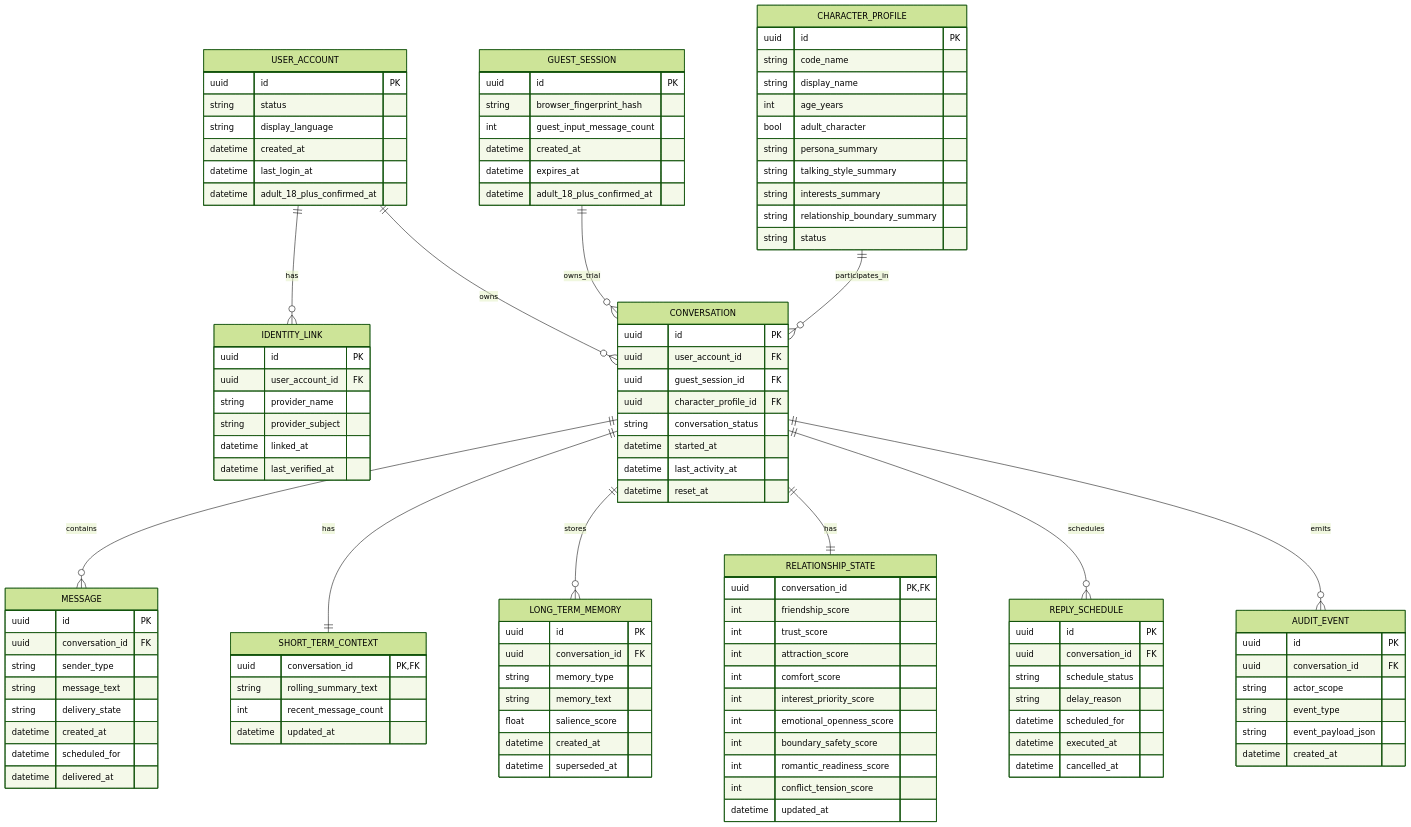
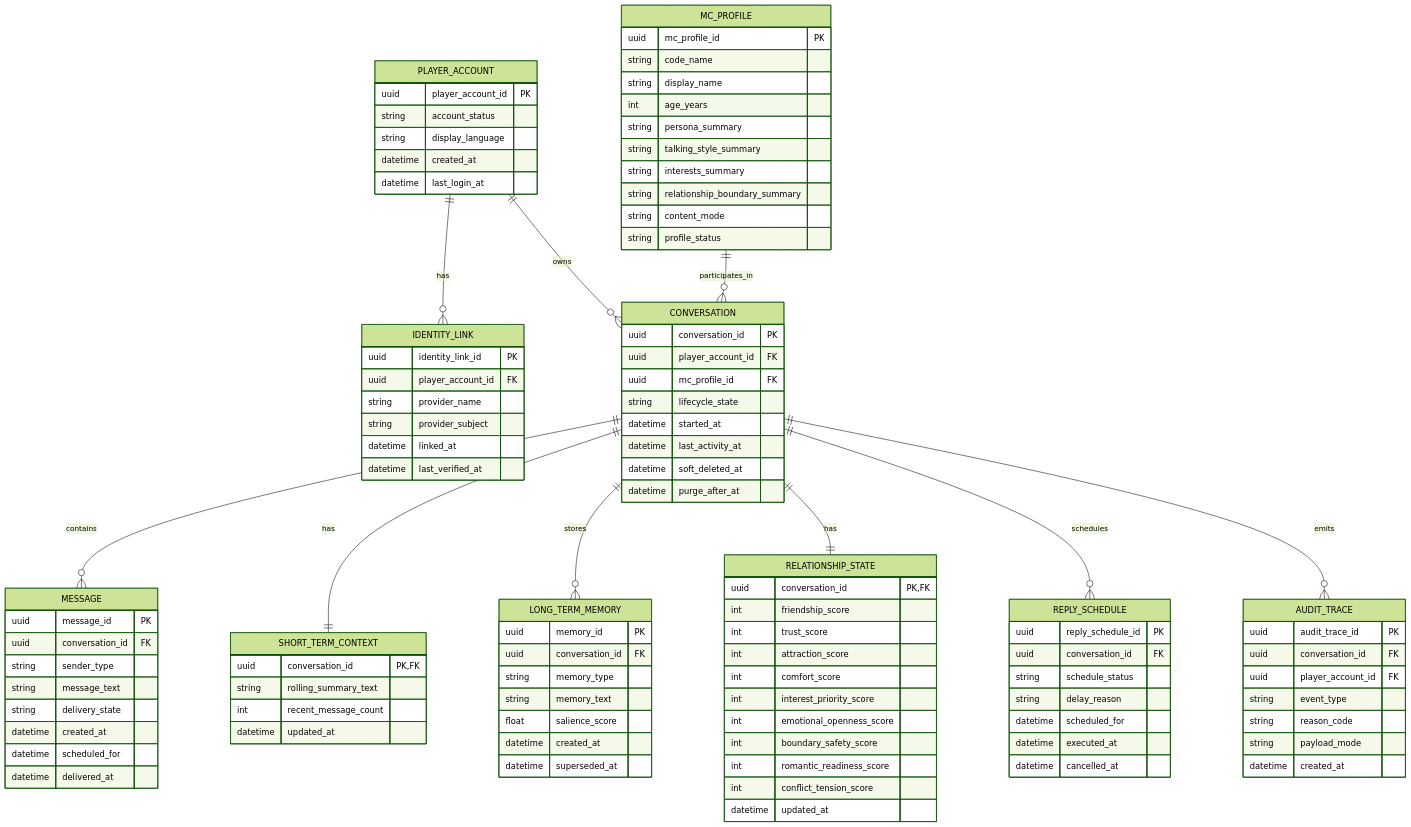
The diagram in docs/02_architecture/renai-game-llm-mvp-erd.md (aa-aiera/renai_docs), drawn with Mermaid (forest theme) before and after one commit. The commit also changed other lines of this file and 16 other files, not shown here.

First line of the commit message:
Rename user/character to Player/MC; enforce phase1 policies

````diff
--- a/docs/02_architecture/renai-game-llm-mvp-erd.md
+++ b/docs/02_architecture/renai-game-llm-mvp-erd.md
@@ -61,69 +57,58 @@
 ```mermaid
 erDiagram
-    USER_ACCOUNT ||--o{ IDENTITY_LINK : has
-    USER_ACCOUNT ||--o{ CONVERSATION : owns
-    GUEST_SESSION ||--o{ CONVERSATION : owns_trial
-    CHARACTER_PROFILE ||--o{ CONVERSATION : participates_in
+    PLAYER_ACCOUNT ||--o{ IDENTITY_LINK : has
+    PLAYER_ACCOUNT ||--o{ CONVERSATION : owns
+    MC_PROFILE ||--o{ CONVERSATION : participates_in
     CONVERSATION ||--o{ MESSAGE : contains
     CONVERSATION ||--|| SHORT_TERM_CONTEXT : has
     CONVERSATION ||--o{ LONG_TERM_MEMORY : stores
     CONVERSATION ||--|| RELATIONSHIP_STATE : has
     CONVERSATION ||--o{ REPLY_SCHEDULE : schedules
-    CONVERSATION ||--o{ AUDIT_EVENT : emits
+    CONVERSATION ||--o{ AUDIT_TRACE : emits
 
-    USER_ACCOUNT {
-        uuid id PK
-        string status
+    PLAYER_ACCOUNT {
+        uuid player_account_id PK
+        string account_status
         string display_language
         datetime created_at
         datetime last_login_at
-        datetime adult_18_plus_confirmed_at
     }
 
     IDENTITY_LINK {
-        uuid id PK
-        uuid user_account_id FK
+        uuid identity_link_id PK
+        uuid player_account_id FK
         string provider_name
         string provider_subject
         datetime linked_at
         datetime last_verified_at
     }
 
-    GUEST_SESSION {
-        uuid id PK
-        string browser_fingerprint_hash
-        int guest_input_message_count
-        datetime created_at
-        datetime expires_at
-        datetime adult_18_plus_confirmed_at
-    }
-
-    CHARACTER_PROFILE {
-        uuid id PK
+    MC_PROFILE {
+        uuid mc_profile_id PK
         string code_name
         string display_name
         int age_years
-        bool adult_character
         string persona_summary
         string talking_style_summary
         string interests_summary
         string relationship_boundary_summary
-        string status
+        string content_mode
+        string profile_status
     }
 
     CONVERSATION {
-        uuid id PK
-        uuid user_account_id FK
-        uuid guest_session_id FK
-        uuid character_profile_id FK
-        string conversation_status
+        uuid conversation_id PK
+        uuid player_account_id FK
+        uuid mc_profile_id FK
+        string lifecycle_state
         datetime started_at
         datetime last_activity_at
-        datetime reset_at
+        datetime soft_deleted_at
+        datetime purge_after_at
     }
 
     MESSAGE {
-        uuid id PK
+        uuid message_id PK
         uuid conversation_id FK
         string sender_type
         string message_text
@@ -141,7 +126,7 @@
     }
 
     LONG_TERM_MEMORY {
-        uuid id PK
+        uuid memory_id PK
         uuid conversation_id FK
         string memory_type
         string memory_text
@@ -165,7 +150,7 @@
     }
 
     REPLY_SCHEDULE {
-        uuid id PK
+        uuid reply_schedule_id PK
         uuid conversation_id FK
         string schedule_status
         string delay_reason
@@ -174,12 +159,13 @@
         datetime cancelled_at
     }
 
-    AUDIT_EVENT {
-        uuid id PK
+    AUDIT_TRACE {
+        uuid audit_trace_id PK
         uuid conversation_id FK
-        string actor_scope
+        uuid player_account_id FK
         string event_type
-        string event_payload_json
+        string reason_code
+        string payload_mode
         datetime created_at
     }
 ```
````
